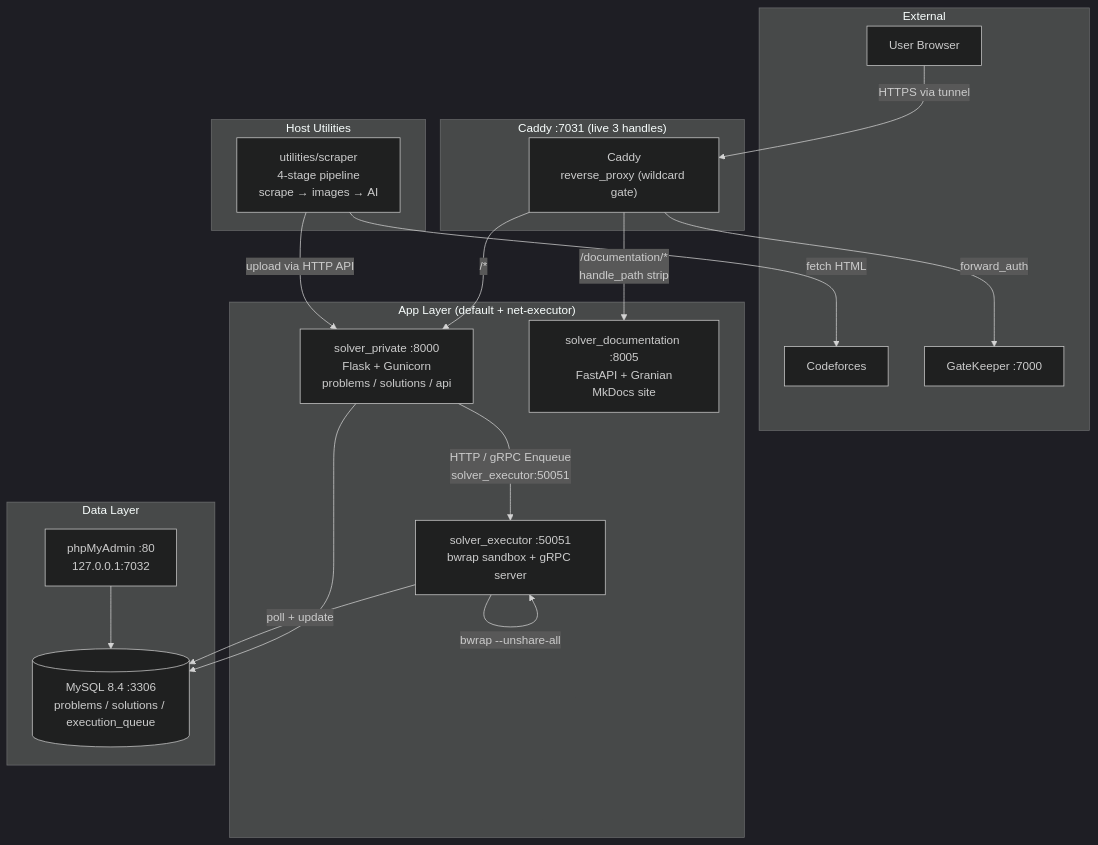
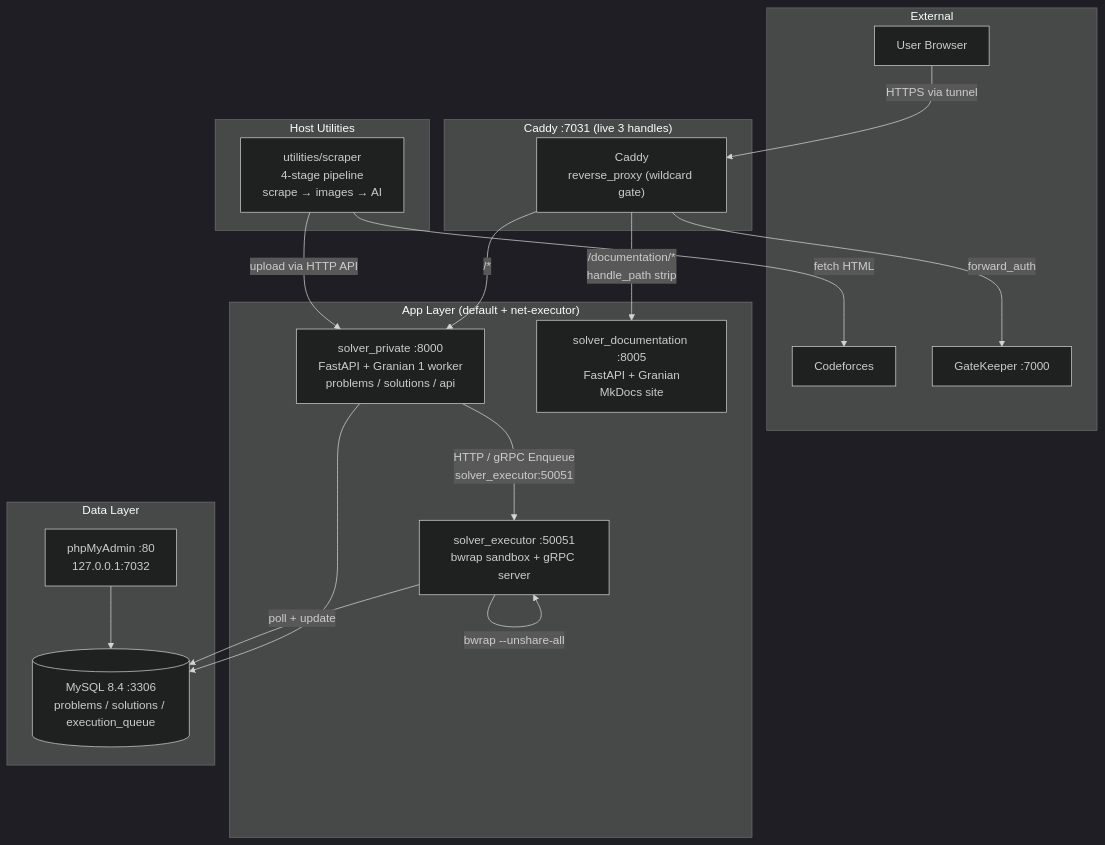
The diagram in documentation/docs/index.md (NovaProtocol/PracticeForge), drawn with Mermaid (dark theme) before and after one commit. The commit also changed other lines of this file and 29 other files, not shown here.

Commit message:
feat(solver): migrate to FastAPI+granian and standardize errors

````diff
--- a/documentation/docs/index.md
+++ b/documentation/docs/index.md
@@ -26,41 +26,41 @@
 ```mermaid
 graph TB
     subgraph "External"
         U["User Browser"]
         CF["Codeforces"]
         GK["GateKeeper :7000"]
     end
 
     subgraph "Caddy :7031 (live 3 handles)"
         CADDY["Caddy<br/>reverse_proxy (wildcard gate)"]
     end
 
     subgraph "App Layer (default + net-executor)"
-        SOLVER["solver_private :8000<br/>Flask + Gunicorn<br/>problems / solutions / api"]
+        SOLVER["solver_private :8000<br/>FastAPI + Granian 1 worker<br/>problems / solutions / api"]
         EXEC["solver_executor :50051<br/>bwrap sandbox + gRPC server"]
         DOCS["solver_documentation :8005<br/>FastAPI + Granian<br/>MkDocs site"]
     end
 
     subgraph "Data Layer"
         DB[("MySQL 8.4 :3306<br/>problems / solutions / execution_queue")]
         PMA["phpMyAdmin :80<br/>127.0.0.1:7032"]
     end
 
     subgraph "Host Utilities"
         SCRAPER["utilities/scraper<br/>4-stage pipeline<br/>scrape → images → AI"]
     end
 
     U -->|"HTTPS via tunnel"| CADDY
     CADDY -->|"forward_auth"| GK
     CADDY -->|"/*"| SOLVER
     CADDY -->|"/documentation/*<br/>handle_path strip"| DOCS
 
     SOLVER -->|"HTTP / gRPC Enqueue<br/>solver_executor:50051"| EXEC
     SOLVER --> DB
     EXEC -->|"poll + update"| DB
     EXEC -->|"bwrap --unshare-all"| EXEC
     PMA --> DB
 
     SCRAPER -->|"upload via HTTP API"| SOLVER
     SCRAPER -->|"fetch HTML"| CF
 ```
````
